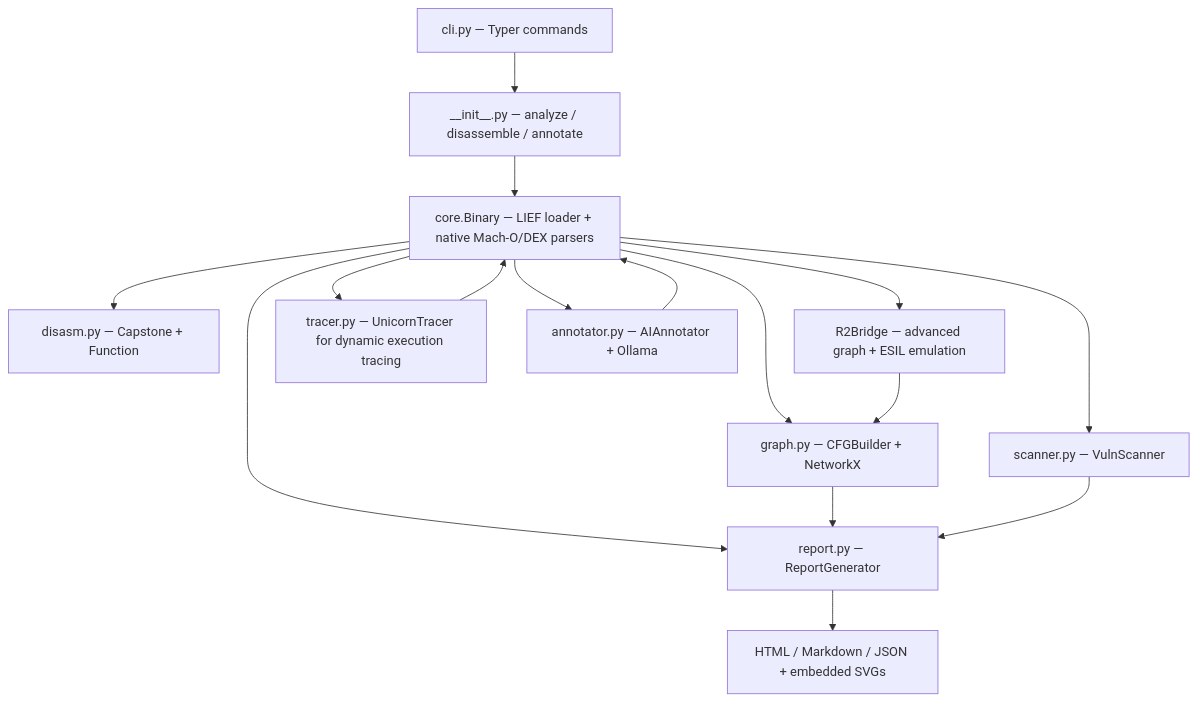
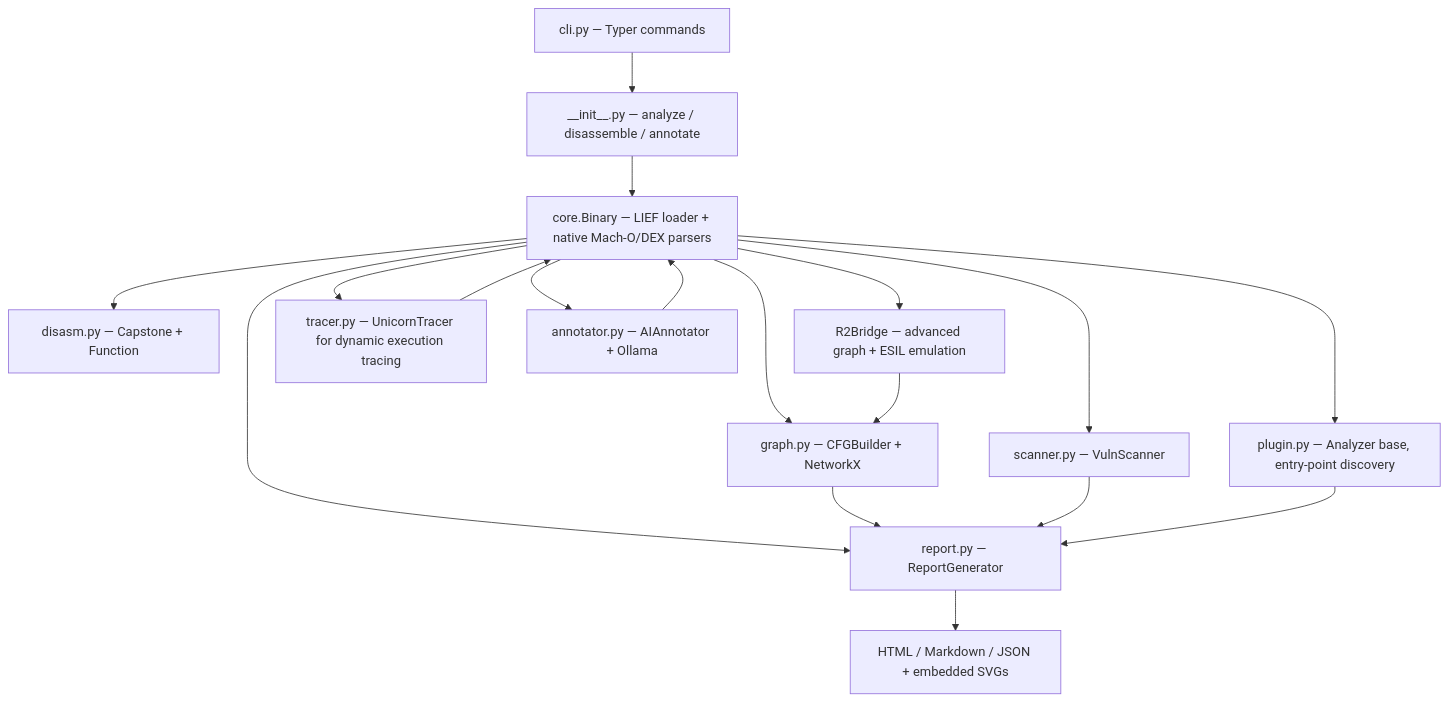
The diagram in README.md (ajendras/ReverseKit), drawn with Mermaid before and after one commit. The commit also changed other lines of this file and 3 other files, not shown here.

````diff
--- a/README.md
+++ b/README.md
@@ -248,18 +292,20 @@
 ```mermaid
 flowchart TD
     CLI[cli.py — Typer commands] --> API[__init__.py — analyze / disassemble / annotate]
     API --> Binary[core.Binary — LIEF loader + native Mach-O/DEX parsers]
     Binary --> Disasm[disasm.py — Capstone + Function]
     Binary --> R2[R2Bridge — advanced graph + ESIL emulation]
     Binary --> Tracer[tracer.py — UnicornTracer for dynamic execution tracing]
     Binary --> Scanner[scanner.py — VulnScanner]
     Binary --> Annotator[annotator.py — AIAnnotator + Ollama]
+    Binary --> Plugins[plugin.py — Analyzer base, entry-point discovery]
     Annotator --> Binary
     Binary --> Graph[graph.py — CFGBuilder + NetworkX]
     Binary --> Report[report.py — ReportGenerator]
     R2 --> Graph
     Tracer --> Binary
     Graph --> Report
     Scanner --> Report
+    Plugins --> Report
     Report --> Outputs[HTML / Markdown / JSON + embedded SVGs]
 ```
````
